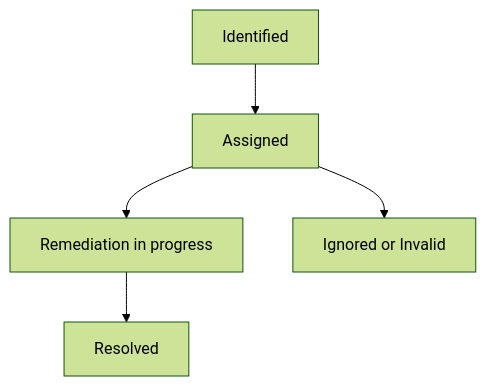
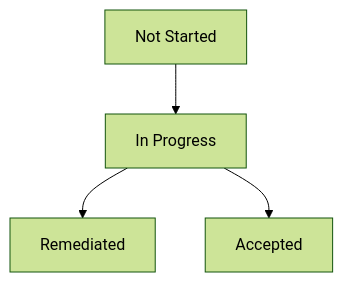
One commit to moliver28/research-handbook changed the diagram in content/handbook/security/security-assurance/observation-management-procedure.md. Above: the diagram before and after it, drawn with Mermaid (forest theme). The commit also changed other lines of this file, not shown here.

````diff
--- a/content/handbook/security/security-assurance/observation-management-procedure.md
+++ b/content/handbook/security/security-assurance/observation-management-procedure.md
@@ -36,7 +36,6 @@
 ```mermaid
 graph TD;
-  A[Identified] --> B[Assigned];
-  B --> C[Remediation in progress];
-  B --> D[Ignored or Invalid];
-  C --> F[Resolved];
+  A[Not Started] --> B[In Progress];
+  B --> C[Remediated];
+  B --> D[Accepted];
 ```
````
